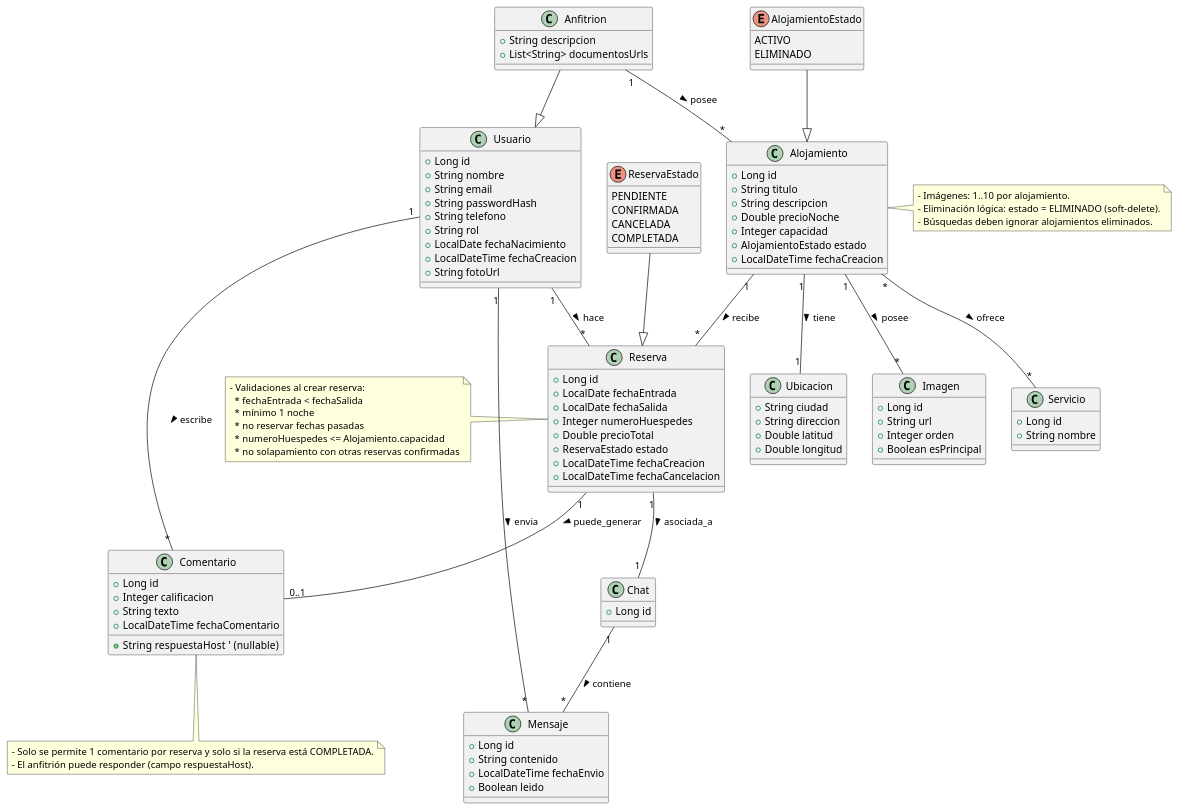
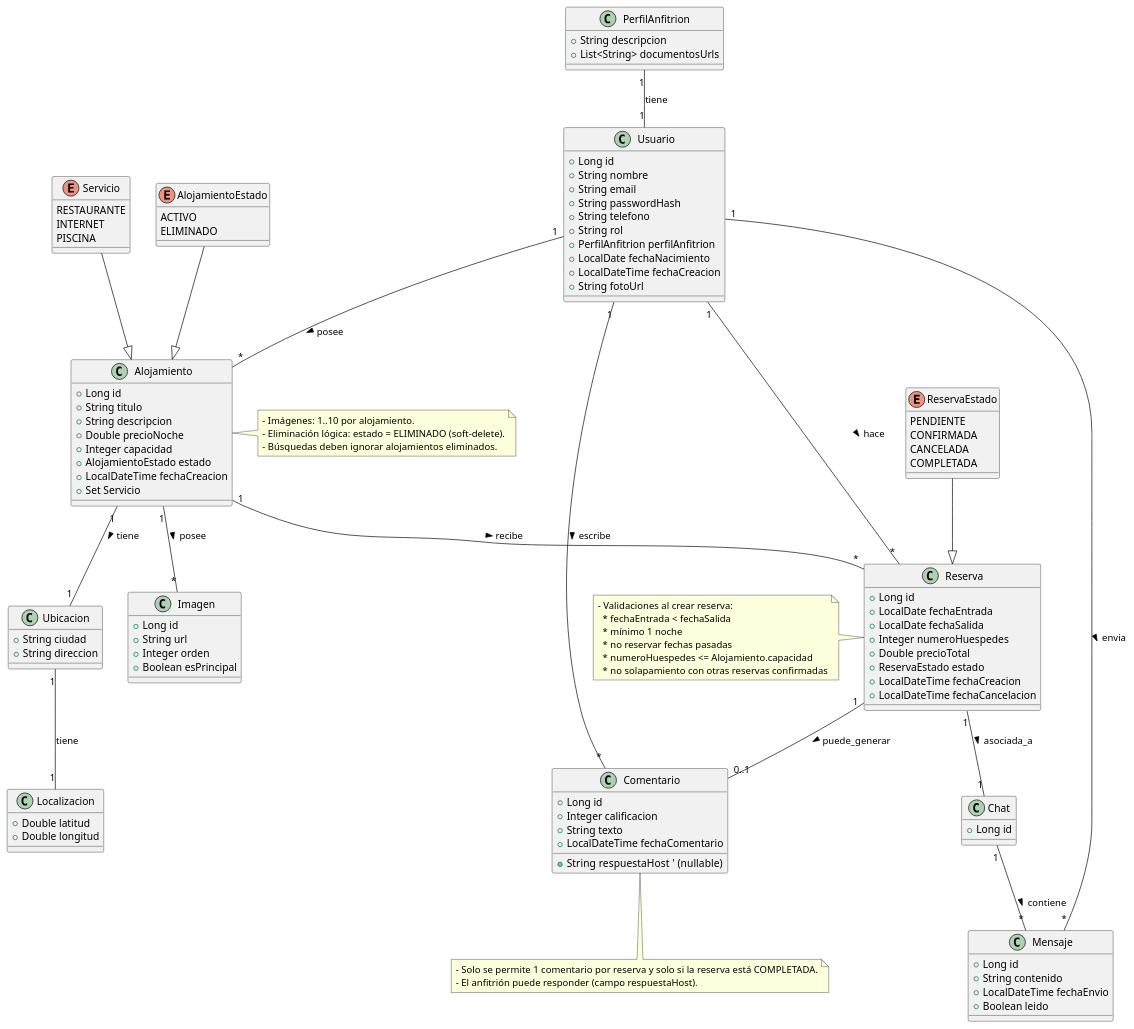
The diagram in src/main/resources/DiagramaClases_ViviGo.puml (FelipePedraza/Proyecto_Final_Avanzada_Backend), drawn with PlantUML before and after one commit. The commit also changed 56 other files, not shown here.

Commit message:
Se actualizo el proyeto como lo mostro el profesor falta revisar el diagrama y el openApi para actualizar

```diff
--- a/src/main/resources/DiagramaClases_ViviGo.puml
+++ b/src/main/resources/DiagramaClases_ViviGo.puml
@@ -1,129 +1,137 @@
 @startuml DiagramaClasesViviGo
 'Diagrama de Clases - ViviGo (Entidades y Relaciones)
 class Usuario {
   +Long id
   +String nombre
   +String email
   +String passwordHash
   +String telefono
   +String rol
+  +PerfilAnfitrion perfilAnfitrion
   +LocalDate fechaNacimiento
   +LocalDateTime fechaCreacion
   +String fotoUrl
 }
 
-class Anfitrion {
+class PerfilAnfitrion {
   +String descripcion
   +List<String> documentosUrls
 }
-Anfitrion --|> Usuario
+
 
 class Ubicacion {
   +String ciudad
   +String direccion
-  +Double latitud
-  +Double longitud
 }
 
 class Alojamiento {
   +Long id
   +String titulo
   +String descripcion
   +Double precioNoche
   +Integer capacidad
   +AlojamientoEstado estado
   +LocalDateTime fechaCreacion
+  +Set Servicio
 }
 
 class Imagen {
   +Long id
   +String url
   +Integer orden
   +Boolean esPrincipal
 }
 
-class Servicio {
-  +Long id
-  +String nombre
+enum Servicio {
+  RESTAURANTE
+  INTERNET
+  PISCINA
 }
+Servicio --|> Alojamiento
 
 class Reserva {
   +Long id
   +LocalDate fechaEntrada
   +LocalDate fechaSalida
   +Integer numeroHuespedes
   +Double precioTotal
   +ReservaEstado estado
   +LocalDateTime fechaCreacion
   +LocalDateTime fechaCancelacion
 }
 
 class Comentario {
   +Long id
   +Integer calificacion
   +String texto
   +LocalDateTime fechaComentario
   +String respuestaHost  ' (nullable)
 }
 
 class Chat {
   +Long id
 }
 
 class Mensaje {
   +Long id
   +String contenido
   +LocalDateTime fechaEnvio
   +Boolean leido
 }
 
+class Localizacion {
+  +Double latitud
+  +Double longitud
+}
+
 enum AlojamientoEstado {
   ACTIVO
   ELIMINADO
 }
 AlojamientoEstado --|> Alojamiento
 
 enum ReservaEstado {
   PENDIENTE
   CONFIRMADA
   CANCELADA
   COMPLETADA
 }
 ReservaEstado --|> Reserva
 
 
 ' Associations and multiplicities
 Usuario "1" -- "*" Reserva : hace >
+PerfilAnfitrion "1"--"1" Usuario : tiene
 Alojamiento "1" -- "*" Reserva : recibe >
-Anfitrion "1" -- "*" Alojamiento : posee >
+Usuario "1" -- "*" Alojamiento : posee >
 Alojamiento "1" -- "1" Ubicacion : tiene >
 Alojamiento "1" -- "*" Imagen : posee >
-Alojamiento "*" -- "*" Servicio : ofrece >
 Reserva "1" -- "0..1" Comentario : puede_generar >
 Reserva "1" -- "1" Chat : asociada_a >
 Chat "1" -- "*" Mensaje : contiene >
 Usuario "1" -- "*" Comentario : escribe >
 Usuario "1" -- "*" Mensaje : envia >
+Ubicacion "1" -- "1" Localizacion : tiene
 
 ' Constraints / Business rules (notes)
 note right of Alojamiento
   - Imágenes: 1..10 por alojamiento.
   - Eliminación lógica: estado = ELIMINADO (soft-delete).
   - Búsquedas deben ignorar alojamientos eliminados.
 end note
 
 note left of Reserva
   - Validaciones al crear reserva:
     * fechaEntrada < fechaSalida
     * mínimo 1 noche
     * no reservar fechas pasadas
     * numeroHuespedes <= Alojamiento.capacidad
     * no solapamiento con otras reservas confirmadas
 end note
 
 note bottom of Comentario
   - Solo se permite 1 comentario por reserva y solo si la reserva está COMPLETADA.
   - El anfitrión puede responder (campo respuestaHost).
 end note
 
 @enduml
```
